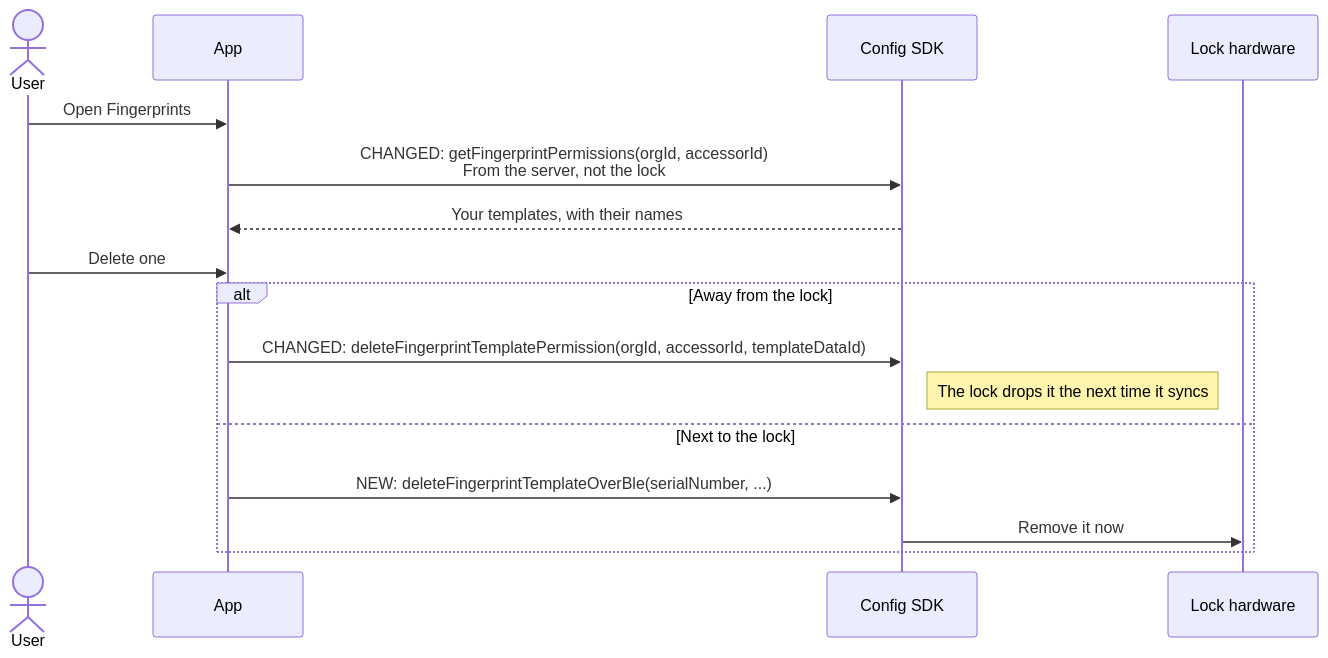
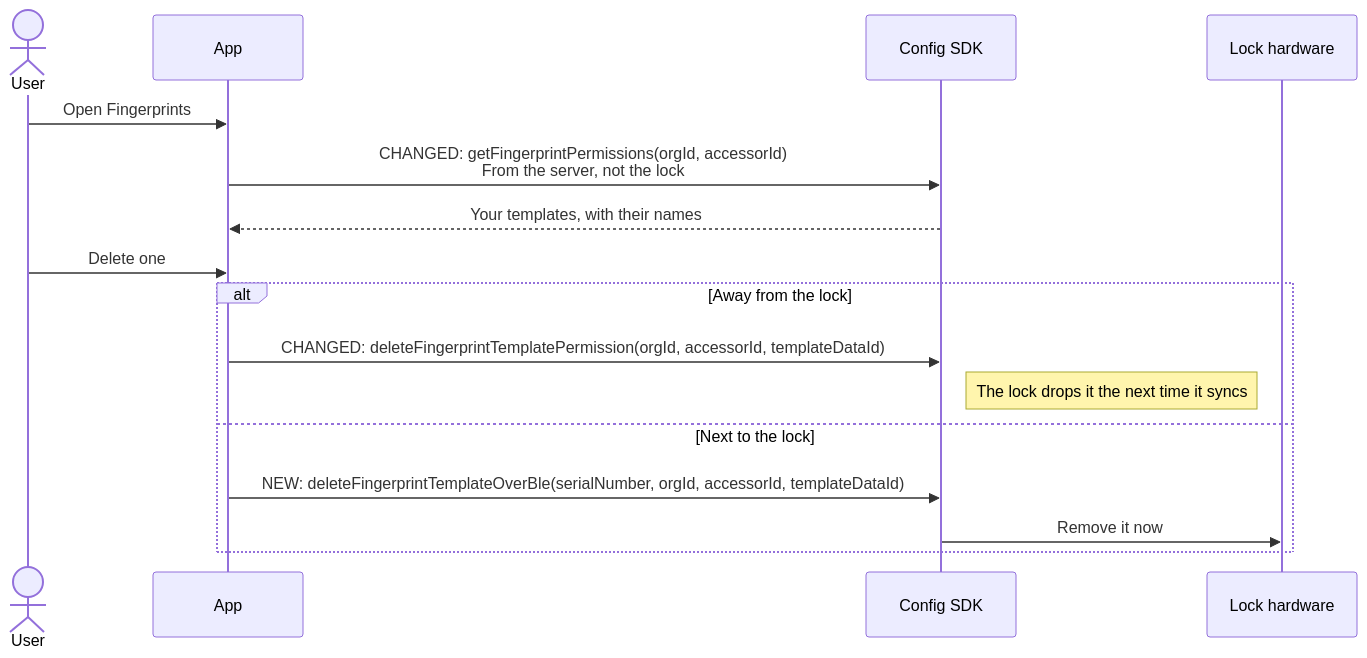
The fifth of 14 diagrams in docs/lock-settings.md (spintly-integrations-support/godrej-software-guide), drawn with Mermaid before and after one commit. The commit also changed other lines of this file and 7 other files, not shown here.

````diff
--- a/docs/lock-settings.md
+++ b/docs/lock-settings.md
@@ -164,19 +167,19 @@
 ```mermaid
 sequenceDiagram
     actor U as User
     participant A as App
     participant C as Config SDK
     participant L as Lock hardware
 
     U->>A: Open Fingerprints
     A->>C: CHANGED: getFingerprintPermissions(orgId, accessorId)<br/>From the server, not the lock
     C-->>A: Your templates, with their names
     U->>A: Delete one
     alt Away from the lock
         A->>C: CHANGED: deleteFingerprintTemplatePermission(orgId, accessorId, templateDataId)
         Note right of C: The lock drops it the next time it syncs
     else Next to the lock
-        A->>C: NEW: deleteFingerprintTemplateOverBle(serialNumber, ...)
+        A->>C: NEW: deleteFingerprintTemplateOverBle(serialNumber, orgId, accessorId, templateDataId)
         C->>L: Remove it now
     end
 ```
````
